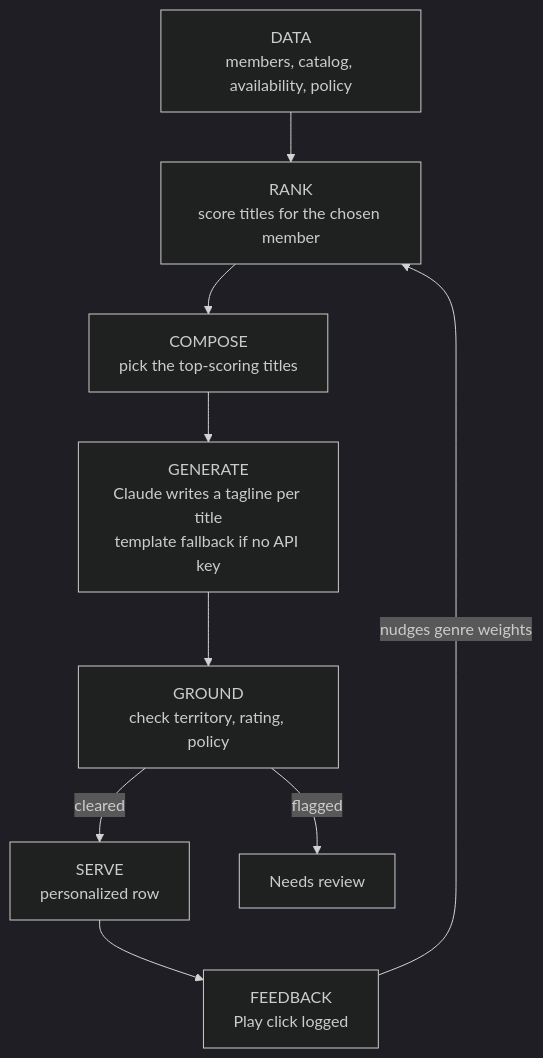
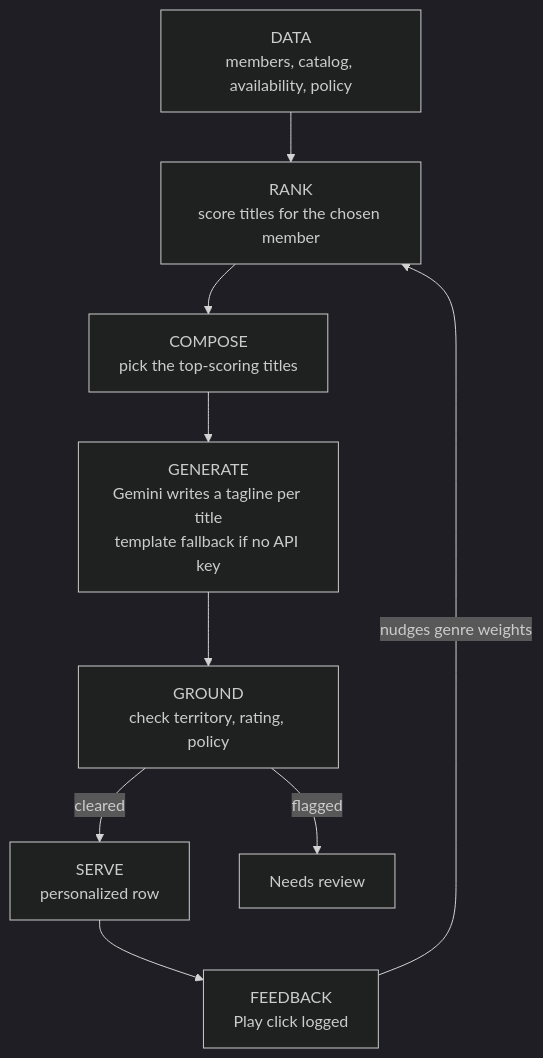
One commit to giovanna-lins/netflix-ai-strategy changed the diagram in README.md. Above: the diagram before and after it, drawn with Mermaid (dark theme). The commit also changed other lines of this file and 5 other files, not shown here.

First line of the commit message:
Switch tagline generation from Claude to Gemini API

````diff
--- a/README.md
+++ b/README.md
@@ -58,11 +58,11 @@
 ```mermaid
 flowchart TD
     A[DATA<br/>members, catalog, availability, policy] --> B[RANK<br/>score titles for the chosen member]
     B --> C[COMPOSE<br/>pick the top-scoring titles]
-    C --> D[GENERATE<br/>Claude writes a tagline per title<br/>template fallback if no API key]
+    C --> D[GENERATE<br/>Gemini writes a tagline per title<br/>template fallback if no API key]
     D --> E[GROUND<br/>check territory, rating, policy]
     E -->|cleared| F[SERVE<br/>personalized row]
     E -->|flagged| G[Needs review]
     F --> H[FEEDBACK<br/>Play click logged]
     H -->|nudges genre weights| B
 ```
````
